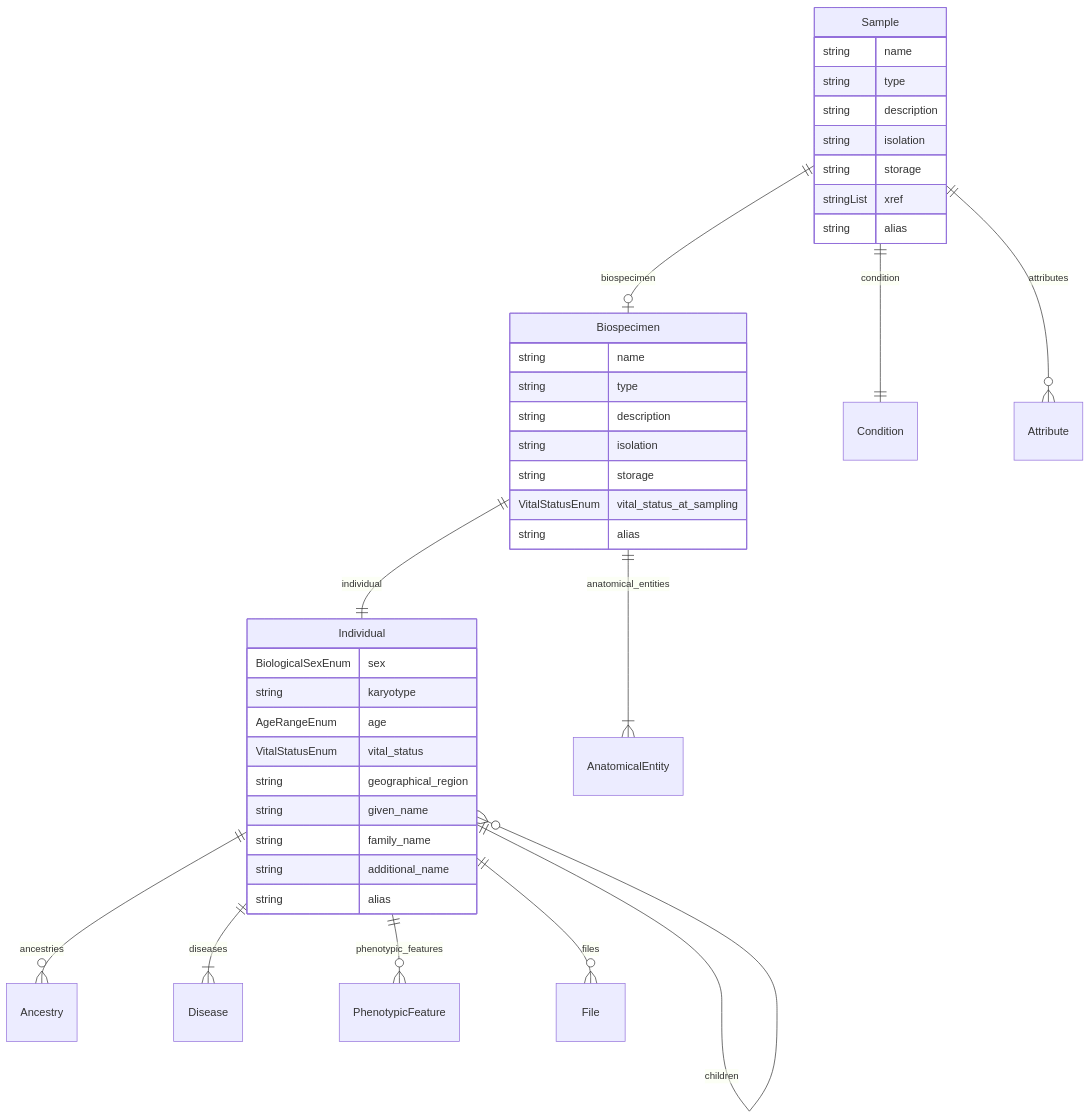
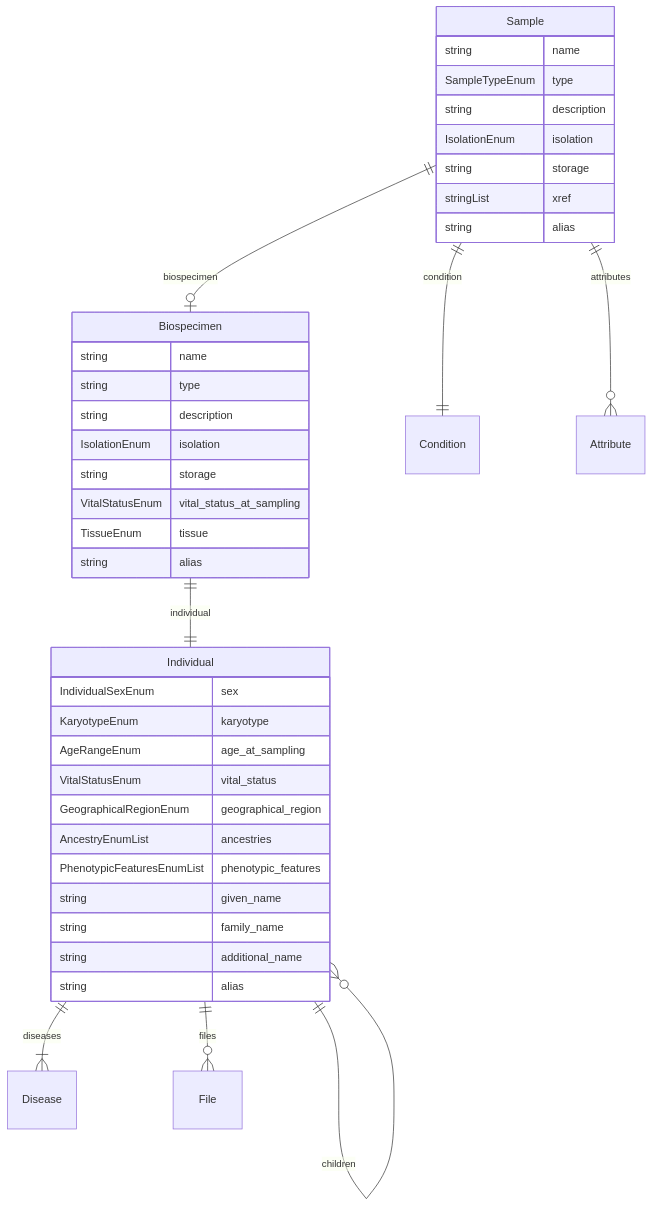
Before and after one commit to ghga-de/ghga-metadata-schema: the fifth of 7 diagrams in docs/entity_relations.md, drawn with Mermaid. The commit also changed other lines of this file and 105 other files, not shown here.

````diff
--- a/docs/entity_relations.md
+++ b/docs/entity_relations.md
@@ -270,45 +247,45 @@
 ```mermaid
 erDiagram
 Individual {
-    BiologicalSexEnum sex  
-    string karyotype  
-    AgeRangeEnum age  
+    IndividualSexEnum sex  
+    KaryotypeEnum karyotype  
+    AgeRangeEnum age_at_sampling  
     VitalStatusEnum vital_status  
-    string geographical_region  
+    GeographicalRegionEnum geographical_region  
+    AncestryEnumList ancestries  
+    PhenotypicFeaturesEnumList phenotypic_features  
     string given_name  
     string family_name  
     string additional_name  
     string alias  
 }
 Biospecimen {
     string name  
     string type  
     string description  
-    string isolation  
+    IsolationEnum isolation  
     string storage  
     VitalStatusEnum vital_status_at_sampling  
+    TissueEnum tissue  
     string alias  
 }
 Sample {
     string name  
-    string type  
+    SampleTypeEnum type  
     string description  
-    string isolation  
+    IsolationEnum isolation  
     string storage  
     stringList xref  
     string alias  
 }
 
-Individual ||--}o Ancestry : "ancestries"
 Individual ||--}o Individual : "parents"
 Individual ||--}o Individual : "children"
 Individual ||--}| Disease : "diseases"
-Individual ||--}o PhenotypicFeature : "phenotypic_features"
 Individual ||--}o File : "files"
 Biospecimen ||--|| Individual : "individual"
-Biospecimen ||--}| AnatomicalEntity : "anatomical_entities"
 Sample ||--|o Biospecimen : "biospecimen"
 Sample ||--|| Condition : "condition"
 Sample ||--}o Attribute : "attributes"
 
 ```
````
